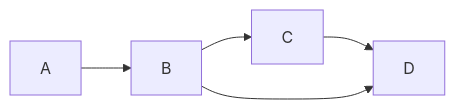
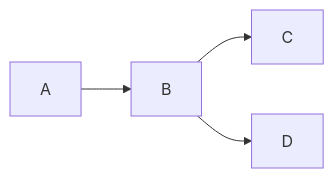
One commit to justfetz/iit-cs-583-probabilistic-graphical-models-notes changed the first of 8 diagrams in GraphsAndCliques.md. Above: the diagram before and after it, drawn with Mermaid.

````diff
--- a/GraphsAndCliques.md
+++ b/GraphsAndCliques.md
@@ -9,7 +9,6 @@
 ```mermaid
 graph LR
 A --> B
 B --> C
-C --> D
 B --> D
 ```
````
